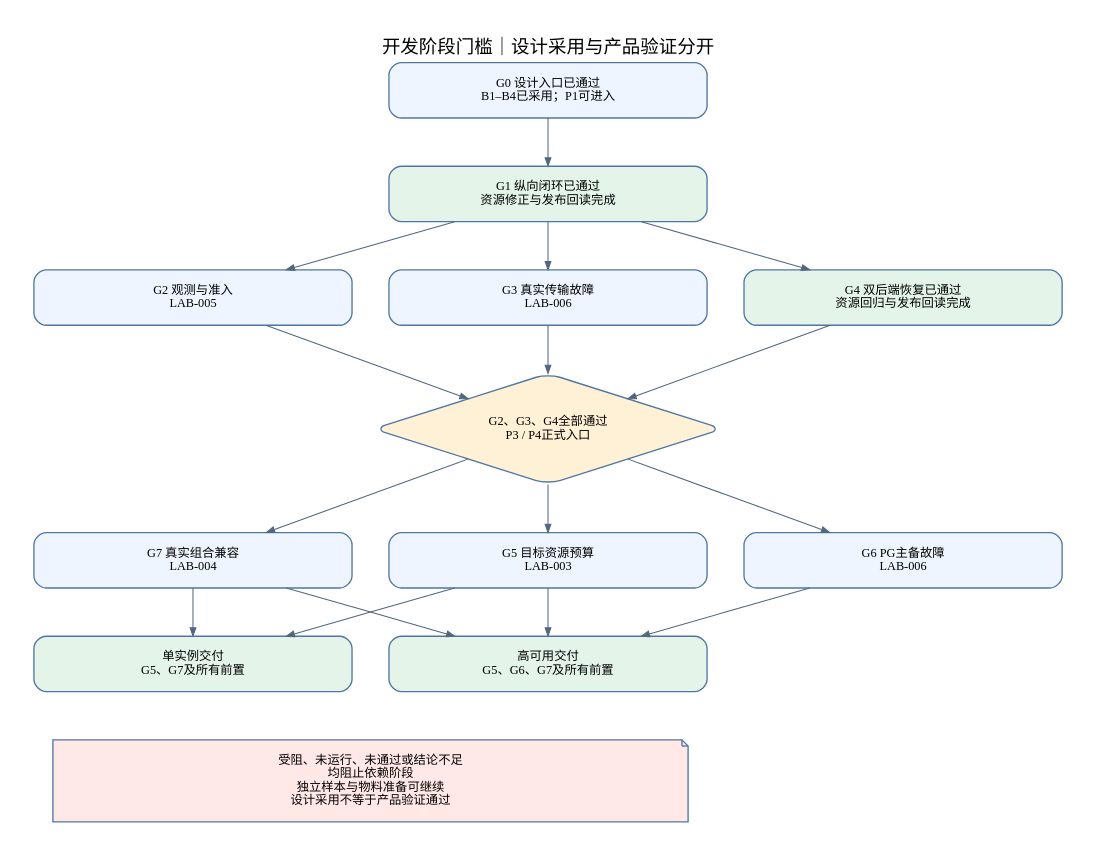
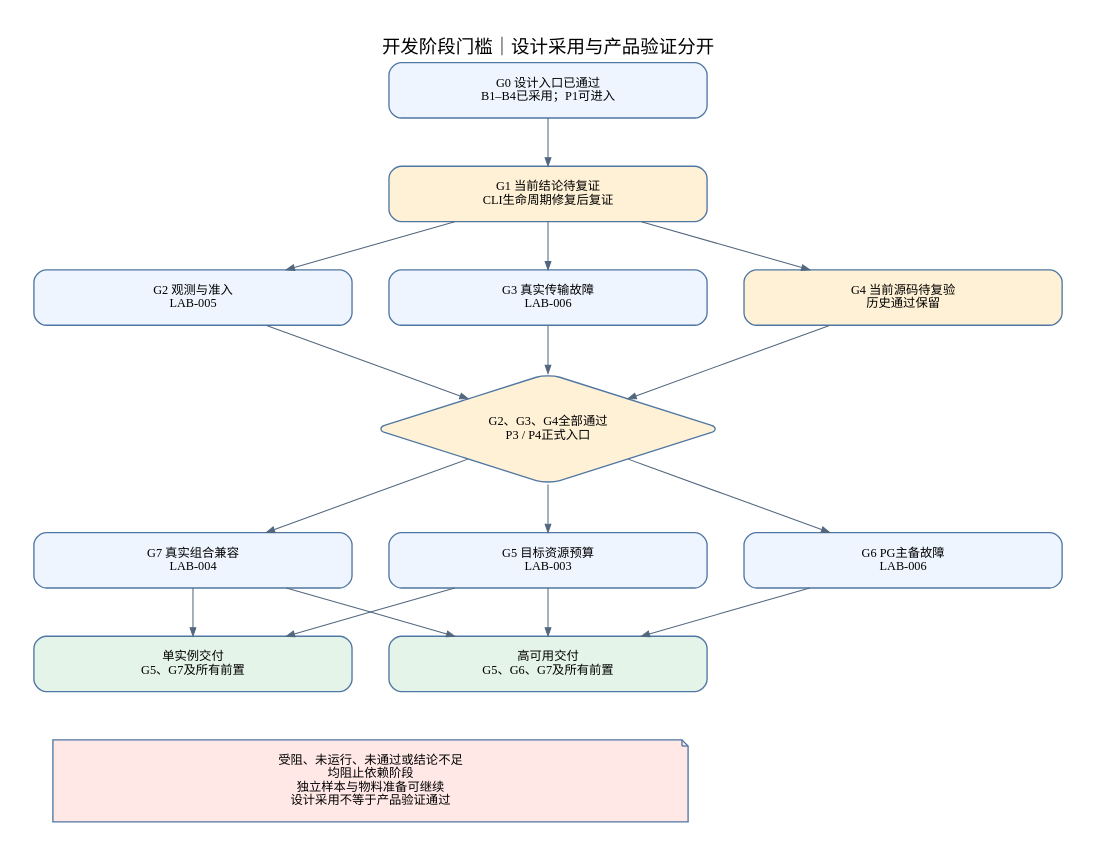
The diagram in docs/architecture/diagrams/v0.7/06-delivery-dependencies.dot (wyw-ai/loom-oi), drawn with Graphviz before and after one commit. The commit also changed 33 other files, not shown here.

```diff
--- a/docs/architecture/diagrams/v0.7/06-delivery-dependencies.dot
+++ b/docs/architecture/diagrams/v0.7/06-delivery-dependencies.dot
@@ -1,23 +1,23 @@
 digraph G {
 graph [bgcolor="white",pad="0.35",nodesep="0.5",ranksep="0.65",fontname="Noto Sans SC",fontsize=18,labelloc="t",splines=polyline];
 node [shape=box,style="rounded,filled",fillcolor="#eef5ff",color="#5077a3",fontname="Noto Sans SC",fontsize=12,width=4.3,margin="0.35,0.2",penwidth=1.3];
 edge [color="#52677f",fontname="Noto Sans SC",fontsize=10,arrowsize=0.8];
 rankdir=TB;label="开发阶段门槛｜设计采用与产品验证分开";
  g0[label="G0 设计入口已通过\nB1–B4已采用；P1可进入"];
- g1[label="G1 纵向闭环已通过\n资源修正与发布回读完成",fillcolor="#e4f4e9"];
+ g1[label="G1 当前结论待复证\nCLI生命周期修复后复证",fillcolor="#fff1d6"];
  g2[label="G2 观测与准入\nLAB-005"];
  g3[label="G3 真实传输故障\nLAB-006"];
- g4[label="G4 双后端恢复已通过\n资源回归与发布回读完成",fillcolor="#e4f4e9"];
+ g4[label="G4 当前源码待复验\n历史通过保留",fillcolor="#fff1d6"];
  gate[label="G2、G3、G4全部通过\nP3 / P4正式入口",shape=diamond,fillcolor="#fff1d6"];
  g5[label="G5 目标资源预算\nLAB-003"];
  g6[label="G6 PG主备故障\nLAB-006"];
  g7[label="G7 真实组合兼容\nLAB-004"];
  single[label="单实例交付\nG5、G7及所有前置",fillcolor="#e4f4e9"];
  ha[label="高可用交付\nG5、G6、G7及所有前置",fillcolor="#e4f4e9"];
  g0->g1;g1->g2;g1->g3;g1->g4;{rank=same;g2;g3;g4;}
  g2->gate;g3->gate;g4->gate;gate->g5;gate->g6;gate->g7;{rank=same;g5;g6;g7;}
  g5->single;g7->single;g5->ha;g6->ha;g7->ha;
  note[label="受阻、未运行、未通过或结论不足\n均阻止依赖阶段\n独立样本与物料准备可继续\n设计采用不等于产品验证通过",width=8.6,shape=note,fillcolor="#ffe8e5"];
  single->note[style=invis];ha->note[style=invis];
 
 }
```
